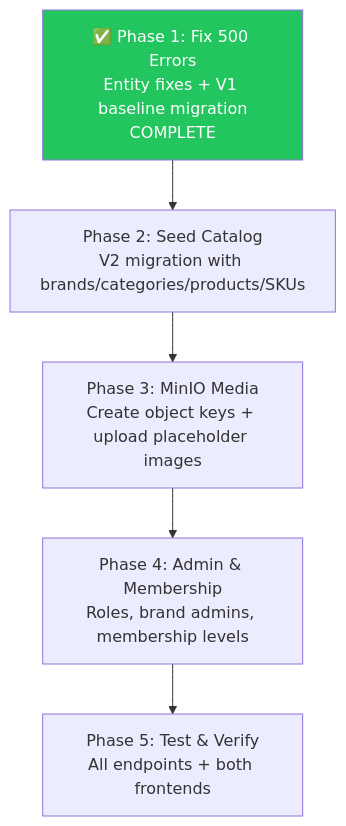
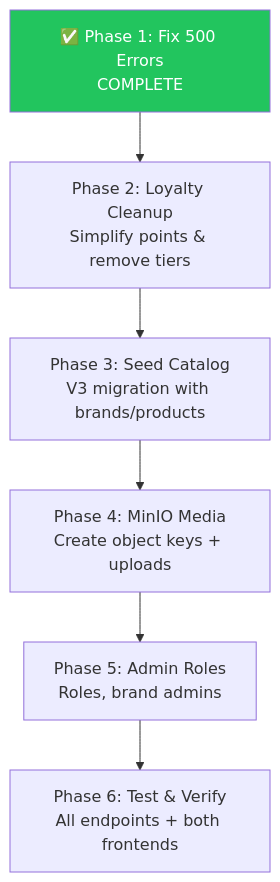
One commit to AadarshPandey/NexusEngine changed the diagram in document/plans/nexus-engine-master-plan.md. Above: the diagram before and after it, drawn with Mermaid. The commit also changed other lines of this file and 44 other files, not shown here.

First line of the commit message:
feat: complete product administration and database architecture

````diff
--- a/document/plans/nexus-engine-master-plan.md
+++ b/document/plans/nexus-engine-master-plan.md
@@ -316,9 +338,10 @@
 ```mermaid
 flowchart TD
-    A["✅ Phase 1: Fix 500 Errors<br/>Entity fixes + V1 baseline migration<br/>COMPLETE"] --> B["Phase 2: Seed Catalog<br/>V2 migration with brands/categories/products/SKUs"]
-    B --> C["Phase 3: MinIO Media<br/>Create object keys + upload placeholder images"]
-    C --> D["Phase 4: Admin & Membership<br/>Roles, brand admins, membership levels"]
-    D --> E["Phase 5: Test & Verify<br/>All endpoints + both frontends"]
+    A["✅ Phase 1: Fix 500 Errors<br/>COMPLETE"] --> B["Phase 2: Loyalty Cleanup<br/>Simplify points & remove tiers"]
+    B --> C["Phase 3: Seed Catalog<br/>V3 migration with brands/products"]
+    C --> D["Phase 4: MinIO Media<br/>Create object keys + uploads"]
+    D --> E["Phase 5: Admin Roles<br/>Roles, brand admins"]
+    E --> F["Phase 6: Test & Verify<br/>All endpoints + both frontends"]
 
     style A fill:#22c55e,color:#fff
 ```
````
